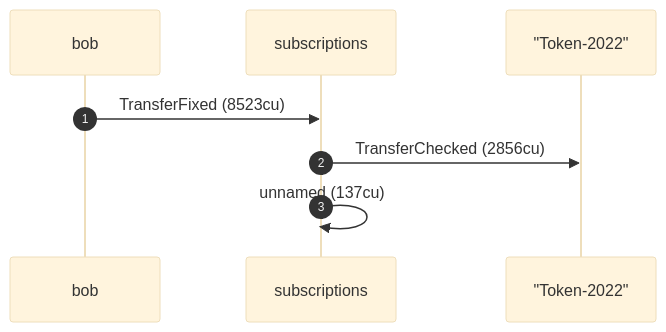
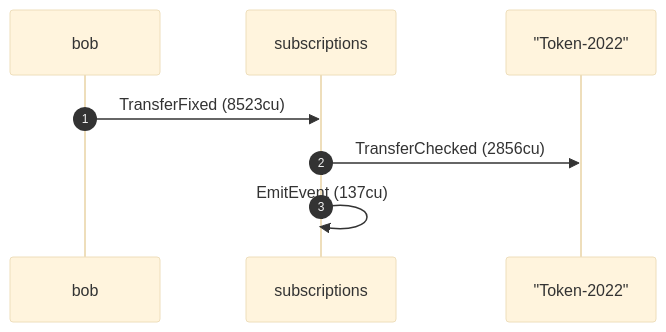
Before and after one commit to cds-rs/subscriptions: the ninth of 12 diagrams in dsl_tests/fixed-transfer-over-a-token-2022-transfer-fee-mint.md, drawn with Mermaid (base theme). The commit also changed other lines of this file and 219 other files, not shown here.

````diff
--- a/dsl_tests/fixed-transfer-over-a-token-2022-transfer-fee-mint.md
+++ b/dsl_tests/fixed-transfer-over-a-token-2022-transfer-fee-mint.md
@@ -180,10 +180,10 @@
 ```mermaid
 sequenceDiagram
     autonumber
     participant bob
     participant subscriptions
     participant Token_2022 as "Token-2022"
     bob ->> subscriptions: TransferFixed (8523cu)
     subscriptions ->> Token_2022: TransferChecked (2856cu)
-    subscriptions ->> subscriptions: unnamed (137cu)
+    subscriptions ->> subscriptions: EmitEvent (137cu)
 ```
````
